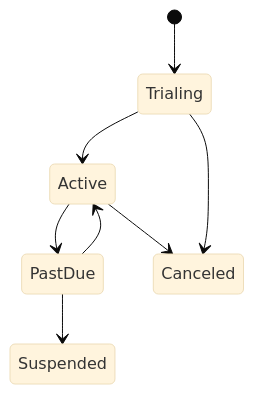
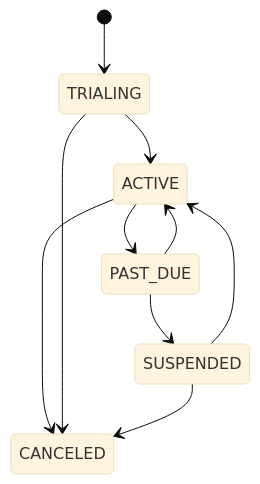
The second of 5 diagrams in docs/domain/billing.md (D-engahmed/OMILINKS), drawn with Mermaid (base theme) before and after one commit. The commit also changed other lines of this file and 1 other file, not shown here.

````diff
--- a/docs/domain/billing.md
+++ b/docs/domain/billing.md
@@ -37,10 +37,12 @@
-```mermaid
+~~~mermaid
 stateDiagram-v2
-[*] --> Trialing
-Trialing --> Active
-Active --> PastDue
-PastDue --> Active
-PastDue --> Suspended
-Active --> Canceled
-Trialing --> Canceled
-```
+    [*] --> TRIALING
+    TRIALING --> ACTIVE
+    ACTIVE --> PAST_DUE
+    PAST_DUE --> ACTIVE
+    PAST_DUE --> SUSPENDED
+    ACTIVE --> CANCELED
+    TRIALING --> CANCELED
+    SUSPENDED --> ACTIVE
+    SUSPENDED --> CANCELED
+~~~
````
